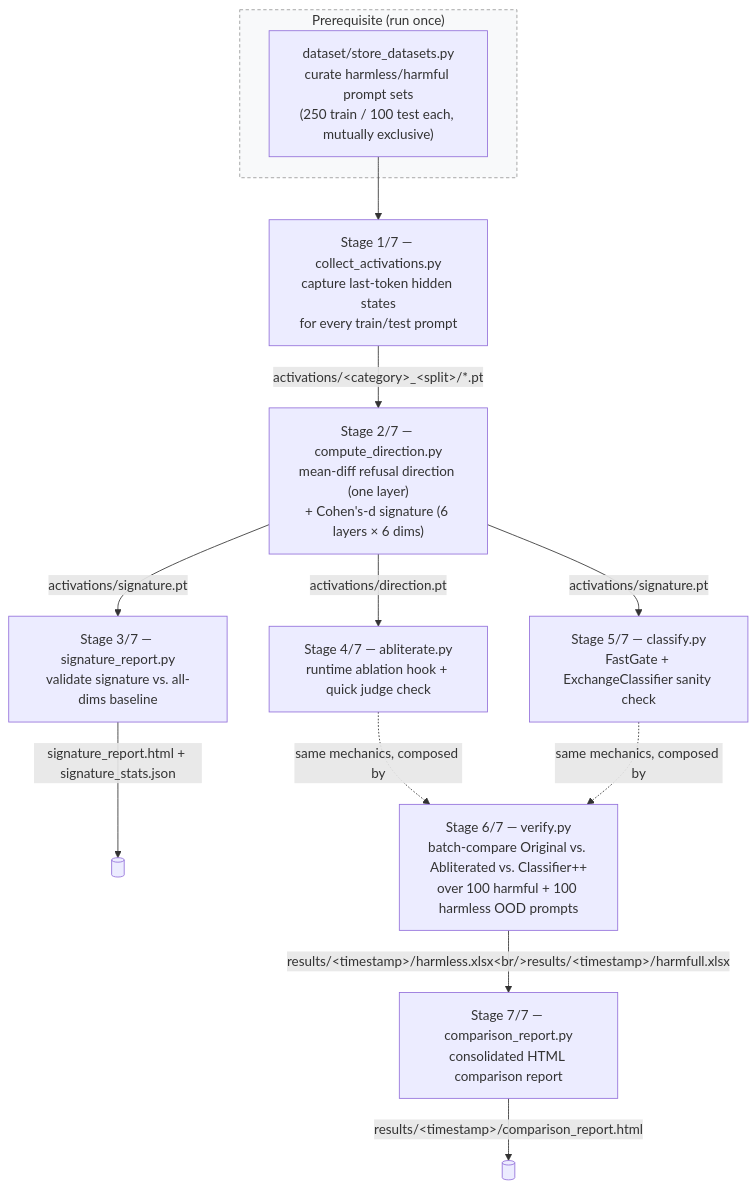
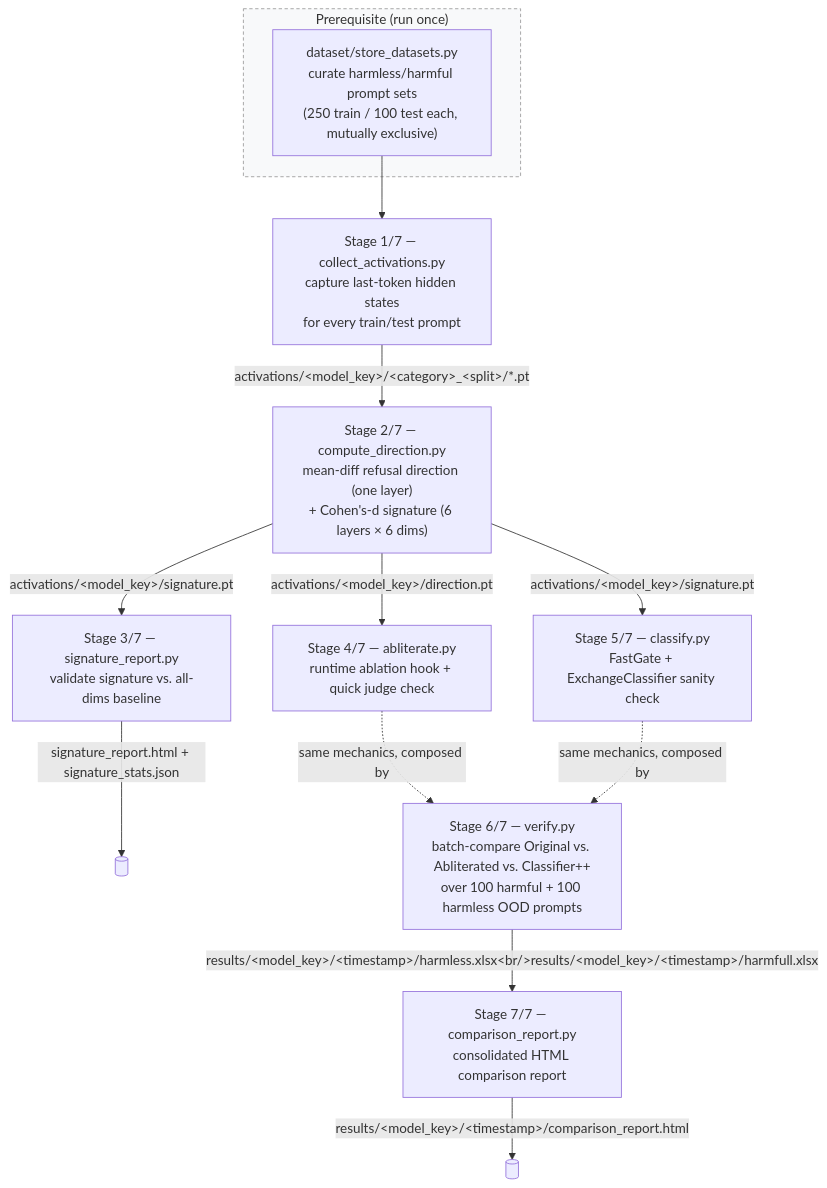
One commit to Palani-SN/abliteration-et-constitutional-classifier changed the first of 4 diagrams in README.md. Above: the diagram before and after it, drawn with Mermaid. The commit also changed other lines of this file and 720 other files, not shown here.

````diff
--- a/README.md
+++ b/README.md
@@ -61,33 +61,33 @@
 ```mermaid
 flowchart TD
     subgraph prep["Prerequisite (run once)"]
         DS["dataset/store_datasets.py<br/>curate harmless/harmful prompt sets<br/>(250 train / 100 test each, mutually exclusive)"]
     end
 
     DS --> S1
 
     S1["Stage 1/7 — collect_activations.py<br/>capture last-token hidden states<br/>for every train/test prompt"]
-    S1 -->|activations/&lt;category&gt;_&lt;split&gt;/*.pt| S2
+    S1 -->|activations/&lt;model_key&gt;/&lt;category&gt;_&lt;split&gt;/*.pt| S2
 
     S2["Stage 2/7 — compute_direction.py<br/>mean-diff refusal direction (one layer)<br/>+ Cohen's-d signature (6 layers × 6 dims)"]
-    S2 -->|activations/direction.pt| S4
-    S2 -->|activations/signature.pt| S3
-    S2 -->|activations/signature.pt| S5
+    S2 -->|activations/&lt;model_key&gt;/direction.pt| S4
+    S2 -->|activations/&lt;model_key&gt;/signature.pt| S3
+    S2 -->|activations/&lt;model_key&gt;/signature.pt| S5
 
     S3["Stage 3/7 — signature_report.py<br/>validate signature vs. all-dims baseline"]
     S3 -->|signature_report.html + signature_stats.json| END1[( )]
 
     S4["Stage 4/7 — abliterate.py<br/>runtime ablation hook + quick judge check"]
     S5["Stage 5/7 — classify.py<br/>FastGate + ExchangeClassifier sanity check"]
 
     S4 -.same mechanics, composed by.-> S6
     S5 -.same mechanics, composed by.-> S6
 
     S6["Stage 6/7 — verify.py<br/>batch-compare Original vs. Abliterated vs. Classifier++<br/>over 100 harmful + 100 harmless OOD prompts"]
-    S6 -->|results/&lt;timestamp&gt;/harmless.xlsx&lt;br/&gt;results/&lt;timestamp&gt;/harmfull.xlsx| S7
+    S6 -->|results/&lt;model_key&gt;/&lt;timestamp&gt;/harmless.xlsx&lt;br/&gt;results/&lt;model_key&gt;/&lt;timestamp&gt;/harmfull.xlsx| S7
 
     S7["Stage 7/7 — comparison_report.py<br/>consolidated HTML comparison report"]
-    S7 -->|results/&lt;timestamp&gt;/comparison_report.html| END2[( )]
+    S7 -->|results/&lt;model_key&gt;/&lt;timestamp&gt;/comparison_report.html| END2[( )]
 
     style prep fill:#f8f9fa,stroke:#999,stroke-dasharray: 4 3
 ```
````
